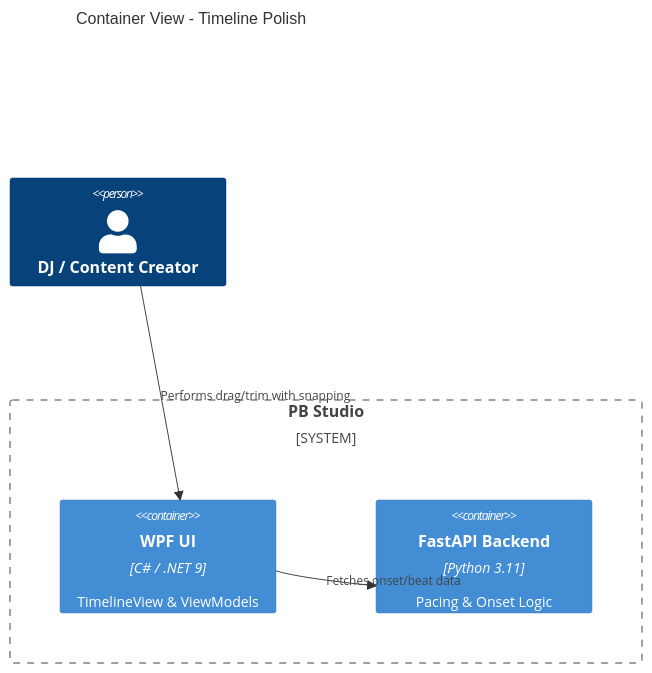
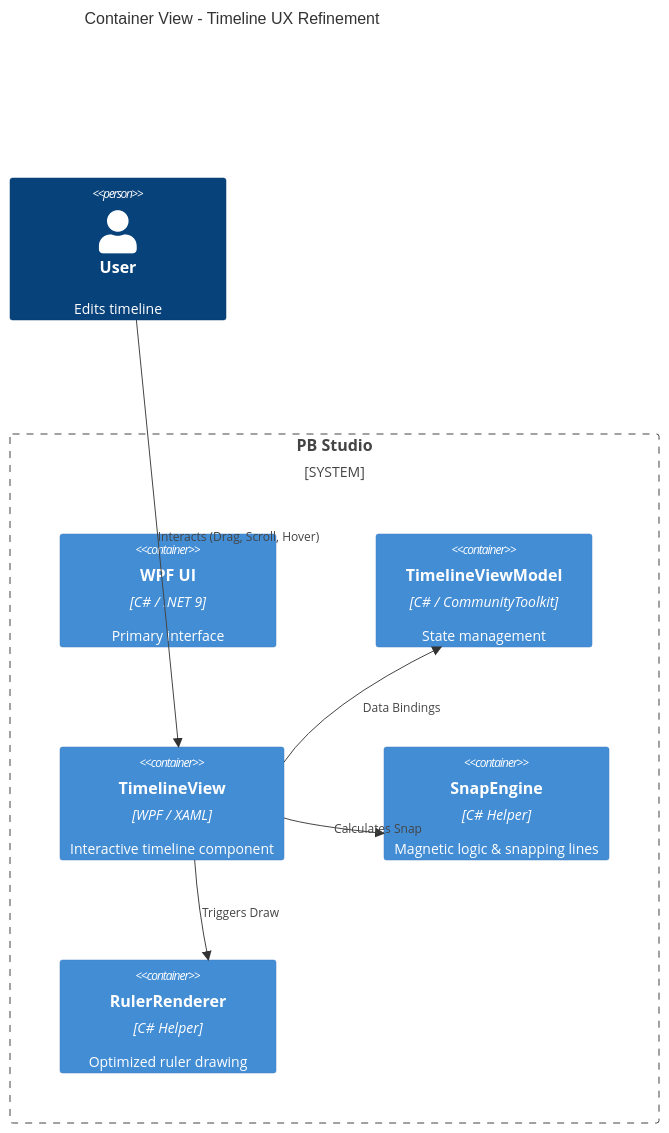
One commit to Crusty696/pb-studio-amd changed the diagram in specs/00008-deeper-ux-timeline-polish/plan.md. Above: the diagram before and after it, drawn with Mermaid. The commit also changed other lines of this file and 19 other files, not shown here.

First line of the commit message:
feat(ux): deeper UX timeline polish (Spec 00008)

````diff
--- a/specs/00008-deeper-ux-timeline-polish/plan.md
+++ b/specs/00008-deeper-ux-timeline-polish/plan.md
@@ -32,11 +32,16 @@
 ```mermaid
 C4Container
-    title Container View - Timeline Polish
-    Person(user, "DJ / Content Creator")
-    System_Boundary(system, "PB Studio") {
-        Container(wpf, "WPF UI", "C# / .NET 9", "TimelineView & ViewModels")
-        Container(api, "FastAPI Backend", "Python 3.11", "Pacing & Onset Logic")
+    title Container View - Timeline UX Refinement
+    Person(user, "User", "Edits timeline")
+    System_Boundary(pb, "PB Studio") {
+        Container(wpf, "WPF UI", "C# / .NET 9", "Primary interface")
+        Container(vm, "TimelineViewModel", "C# / CommunityToolkit", "State management")
+        Container(view, "TimelineView", "WPF / XAML", "Interactive timeline component")
+        Container(snap, "SnapEngine", "C# Helper", "Magnetic logic & snapping lines")
+        Container(ruler, "RulerRenderer", "C# Helper", "Optimized ruler drawing")
     }
-    Rel(user, wpf, "Performs drag/trim with snapping")
-    Rel(wpf, api, "Fetches onset/beat data")
+    Rel(user, view, "Interacts (Drag, Scroll, Hover)")
+    Rel(view, vm, "Data Bindings")
+    Rel(view, snap, "Calculates Snap")
+    Rel(view, ruler, "Triggers Draw")
 ```
````
